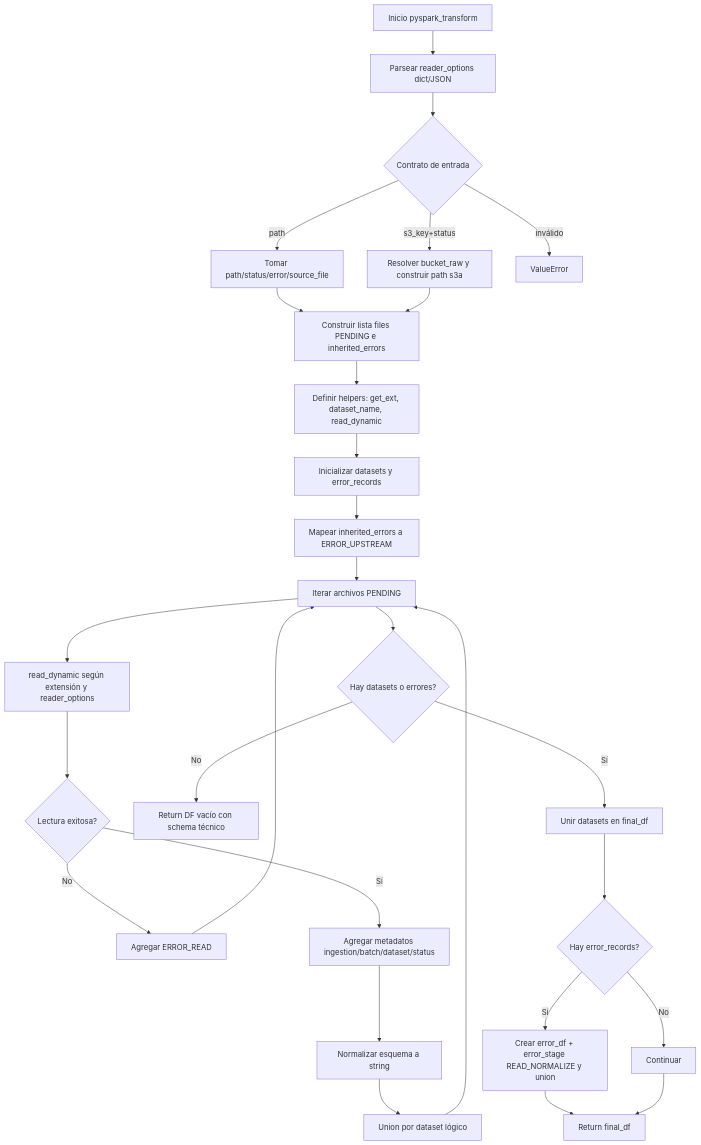
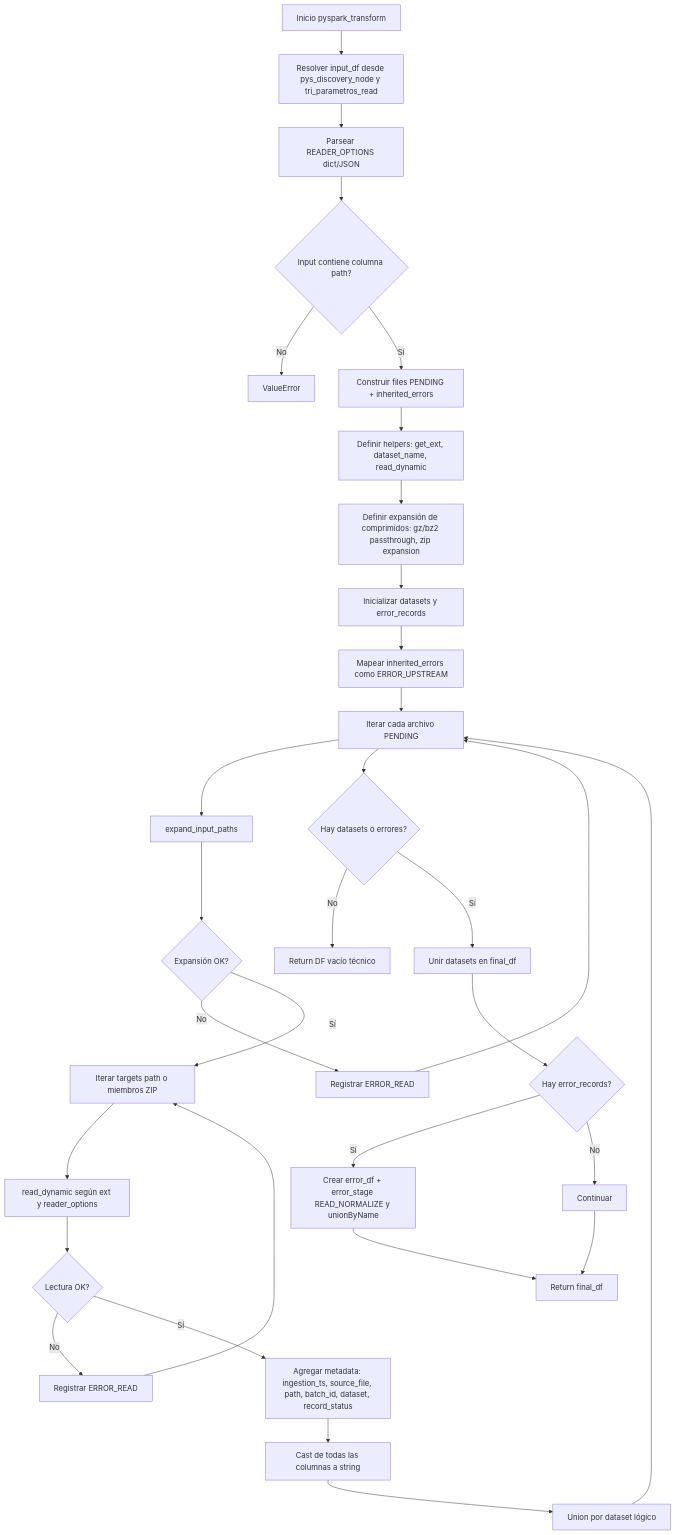
The third of 6 diagrams in DIAGRAMAS_FLUJO.md (shperez23/airflow_bp), drawn with Mermaid before and after one commit. The commit also changed other lines of this file, not shown here.

Commit message:
docs: corregir labels mermaid que aún fallaban en GitHub

````diff
--- a/DIAGRAMAS_FLUJO.md
+++ b/DIAGRAMAS_FLUJO.md
@@ -70,30 +94,34 @@
 ```mermaid
 flowchart TD
-    A[Inicio pyspark_transform] --> B[Parsear reader_options dict/JSON]
-    B --> C{Contrato de entrada}
-    C -- path --> D[Tomar path/status/error/source_file]
-    C -- s3_key+status --> E[Resolver bucket_raw y construir path s3a]
-    C -- inválido --> Z1[ValueError]
-    D --> F[Construir lista files PENDING e inherited_errors]
-    E --> F
-    F --> G[Definir helpers: get_ext, dataset_name, read_dynamic]
+    A[Inicio pyspark_transform] --> B[Resolver input_df desde pys_discovery_node y tri_parametros_read]
+    B --> C[Parsear READER_OPTIONS dict/JSON]
+    C --> D{Input contiene columna path?}
+    D -- No --> Z1[ValueError]
+    D -- Sí --> E[Construir files PENDING + inherited_errors]
+    E --> F[Definir helpers: get_ext, dataset_name, read_dynamic]
+    F --> G[Definir expansión de comprimidos: gz/bz2 passthrough, zip expansion]
     G --> H[Inicializar datasets y error_records]
-    H --> I[Mapear inherited_errors a ERROR_UPSTREAM]
-    I --> J[Iterar archivos PENDING]
-    J --> K[read_dynamic según extensión y reader_options]
-    K --> L{Lectura exitosa?}
-    L -- No --> M[Agregar ERROR_READ]
-    L -- Sí --> N[Agregar metadatos ingestion/batch/dataset/status]
-    N --> O[Normalizar esquema a string]
-    O --> P[Union por dataset lógico]
+    H --> I[Mapear inherited_errors como ERROR_UPSTREAM]
+    I --> J[Iterar cada archivo PENDING]
+    J --> K[expand_input_paths]
+    K --> L{Expansión OK?}
+    L -- No --> M[Registrar ERROR_READ]
+    L -- Sí --> N[Iterar targets path o miembros ZIP]
+    N --> O[read_dynamic según ext y reader_options]
+    O --> P{Lectura OK?}
+    P -- No --> Q[Registrar ERROR_READ]
+    P -- Sí --> R[Agregar metadata: ingestion_ts, source_file, path, batch_id, dataset, record_status]
+    R --> S[Cast de todas las columnas a string]
+    S --> T[Union por dataset lógico]
     M --> J
-    P --> J
-    J --> Q{Hay datasets o errores?}
-    Q -- No --> R[Return DF vacío con schema técnico]
-    Q -- Sí --> S[Unir datasets en final_df]
-    S --> T{Hay error_records?}
-    T -- Sí --> U[Crear error_df + error_stage READ_NORMALIZE y union]
-    T -- No --> V[Continuar]
-    U --> W[Return final_df]
-    V --> W
+    Q --> N
+    T --> J
+    J --> U{Hay datasets o errores?}
+    U -- No --> V[Return DF vacío técnico]
+    U -- Sí --> W[Unir datasets en final_df]
+    W --> X{Hay error_records?}
+    X -- Sí --> Y[Crear error_df + error_stage READ_NORMALIZE y unionByName]
+    X -- No --> Z[Continuar]
+    Y --> AA[Return final_df]
+    Z --> AA
 ```
````
